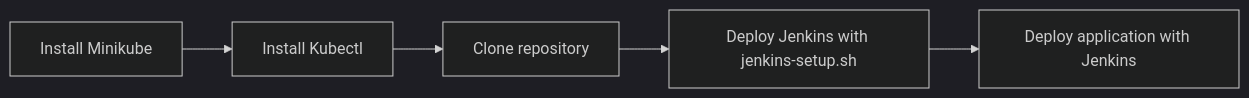
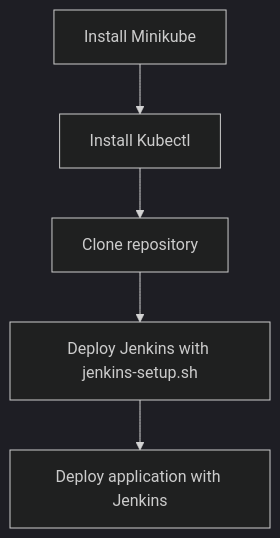
The diagram in README.md (renato-nmoraes/kubernetes-cluster), drawn with Mermaid (dark theme) before and after one commit.

````diff
--- a/README.md
+++ b/README.md
@@ -9,7 +9,7 @@
 ```mermaid
-graph LR
+graph TD
 A[Install Minikube] --> B[Install Kubectl]
 B --> C[Clone repository]
 C --> D[Deploy Jenkins with jenkins-setup.sh]
 D --> E[Deploy application with Jenkins]
 ```
````
